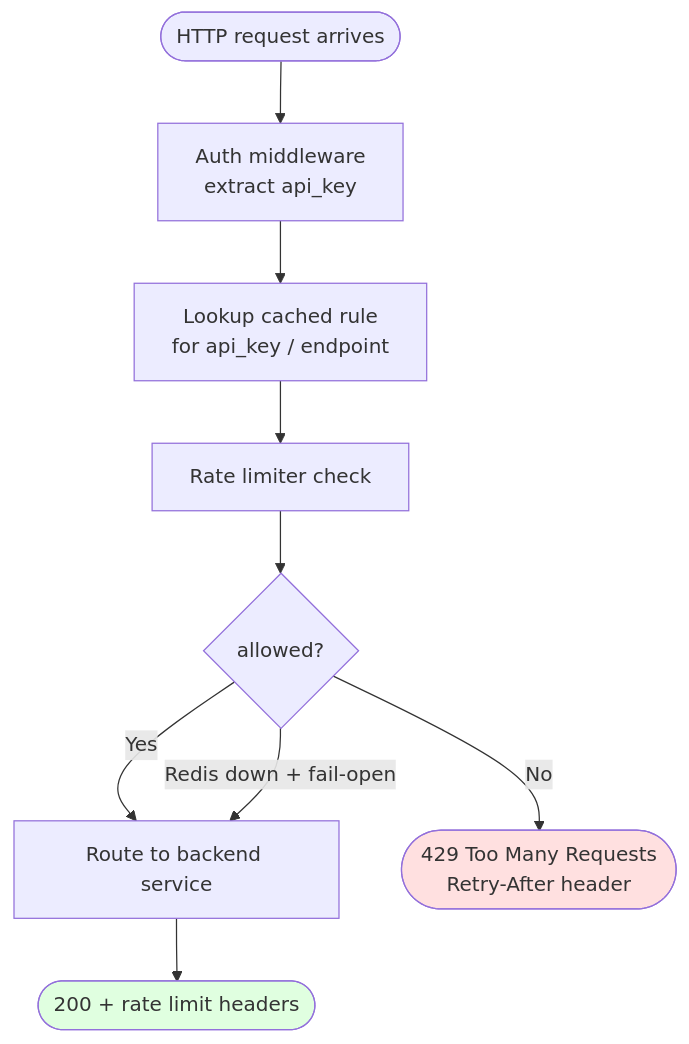
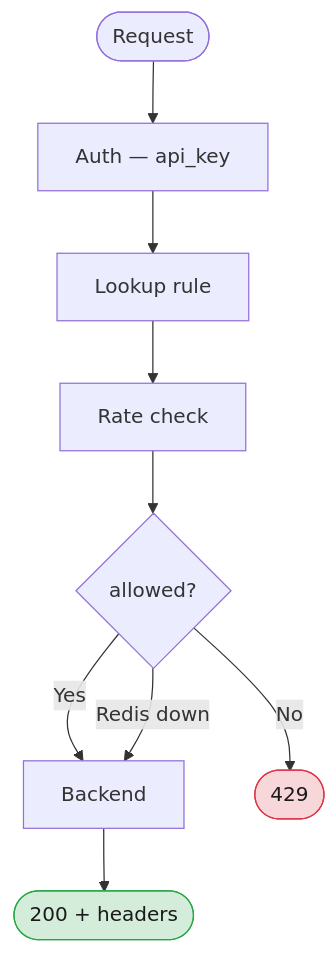
The diagram in assets/images/high_level_design/01_flow_request_decision.mmd (amanjaiswal30/dsa-solutions), drawn with Mermaid before and after one commit. The commit also changed 50 other files, not shown here.

```diff
--- a/assets/images/high_level_design/01_flow_request_decision.mmd
+++ b/assets/images/high_level_design/01_flow_request_decision.mmd
@@ -1,12 +1,11 @@
 flowchart TD
-    REQ([HTTP request arrives]) --> AUTH[Auth middleware<br/>extract api_key]
-    AUTH --> RULE[Lookup cached rule<br/>for api_key / endpoint]
-    RULE --> RL[Rate limiter check]
+    REQ([Request]) --> AUTH[Auth — api_key]
+    AUTH --> RULE[Lookup rule]
+    RULE --> RL[Rate check]
     RL --> DEC{allowed?}
-    DEC -->|Yes| ROUTE[Route to backend service]
-    ROUTE --> RESP([200 + rate limit headers])
-    DEC -->|No| BLOCK([429 Too Many Requests<br/>Retry-After header])
-    DEC -->|Redis down + fail-open| ROUTE
+    DEC -->|Yes| ROUTE[Backend] --> OK([200 + headers])
+    DEC -->|No| BLOCK([429])
+    DEC -->|Redis down| ROUTE
 
-    style RESP fill:#e0ffe0
-    style BLOCK fill:#ffe0e0
+    style OK fill:#d4edda,stroke:#28a745,color:#1a1a1a
+    style BLOCK fill:#f8d7da,stroke:#dc3545,color:#1a1a1a
```
